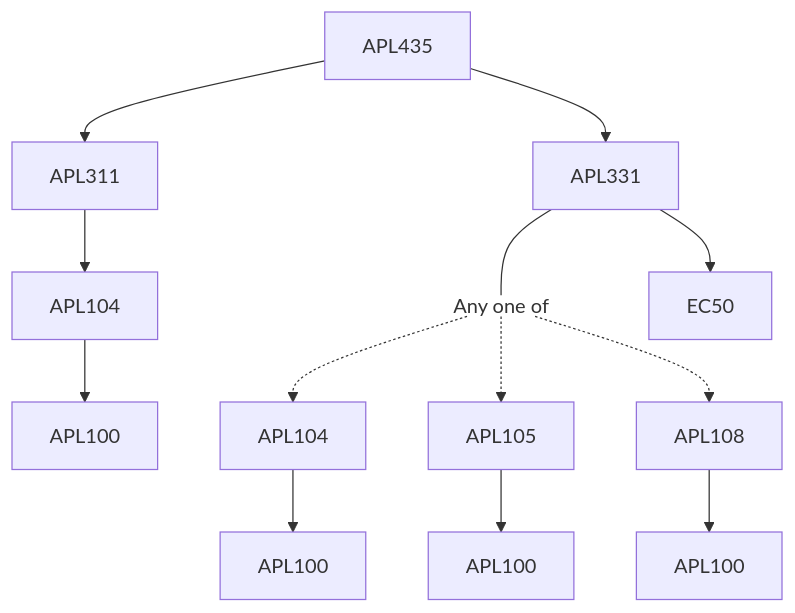
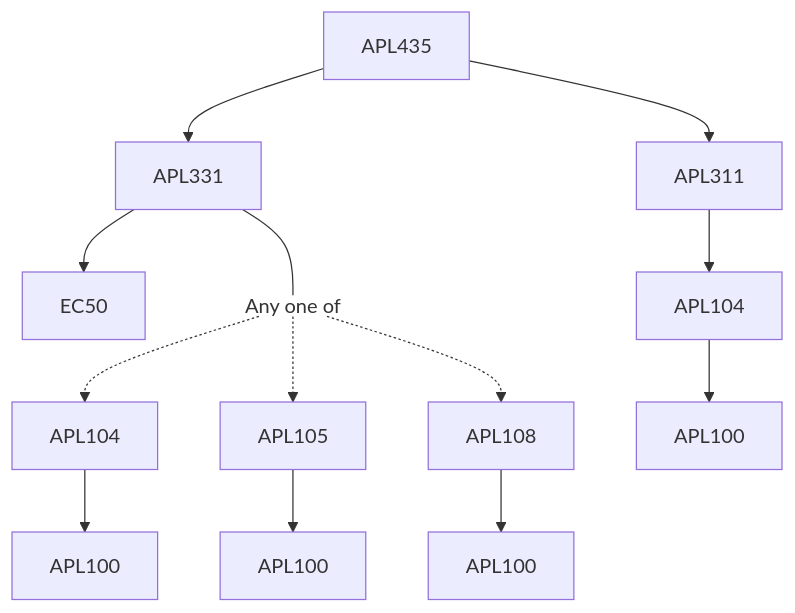
One commit to KeshavBansal0122/CoS_Website changed the diagram in content/Applied Mechanics/APL435.md. Above: the diagram before and after it, drawn with Mermaid. The commit also changed other lines of this file and 2662 other files, not shown here.

````diff
--- a/content/Applied Mechanics/APL435.md
+++ b/content/Applied Mechanics/APL435.md
@@ -13,19 +13,19 @@
 ```mermaid
 flowchart TD
 APL435-44[APL435]
+APL435-44 --> APL311-44[APL311]
+APL435-44 --> APL331-44[APL331]
+APL331-44 --> EC50-44[EC50]
+APL311-44 --> APL104-44[APL104]
 APL331-44 --- Or45[Any one of]:::empty
+Or45 -.-> APL104-46[APL104]
 APL104-46 --> APL100-46[APL100]
-Or45 -.-> APL104-46[APL104]
+APL105-47 --> APL100-47[APL100]
 Or45 -.-> APL105-47[APL105]
-APL105-47 --> APL100-47[APL100]
 Or45 -.-> APL108-48[APL108]
 APL108-48 --> APL100-48[APL100]
-APL435-44 --> APL311-44[APL311]
-APL435-44 --> APL331-44[APL331]
 APL104-44 --> APL100-44[APL100]
-APL311-44 --> APL104-44[APL104]
-APL331-44 --> EC50-44[EC50]
 
 classDef empty height:17px, fill:transparent, stroke:transparent;
 classDef trueEmpty height:0px, width:0px;
 ```
````
